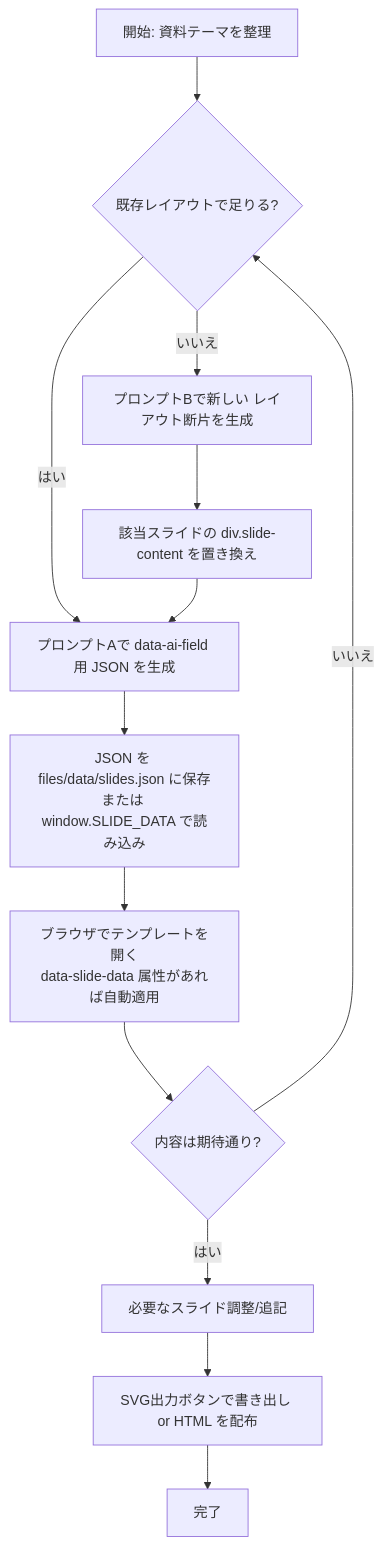
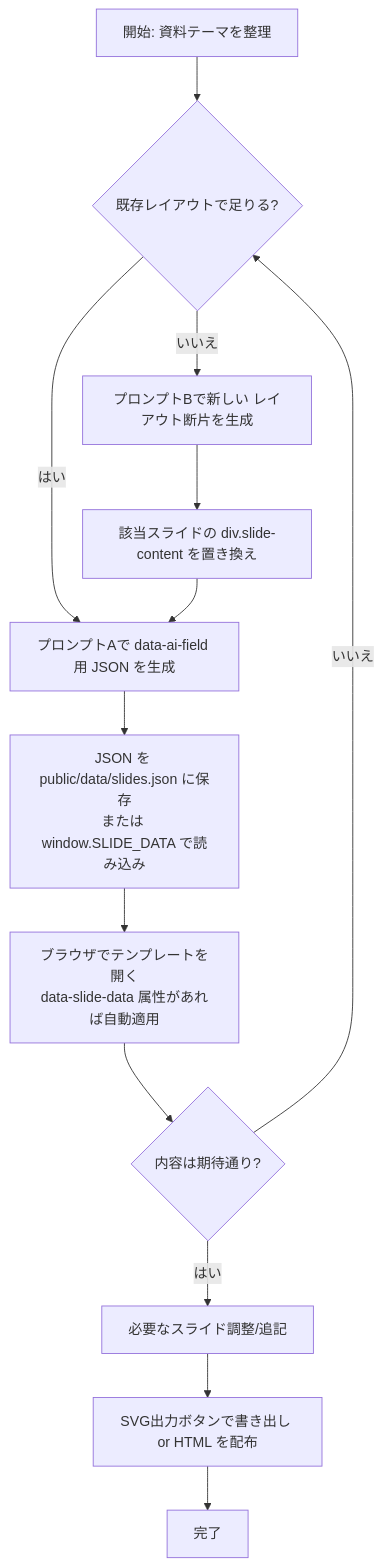
The diagram in README.md (junTaniguchi/slide_template), drawn with Mermaid before and after one commit. The commit also changed other lines of this file and 5 other files, not shown here.

First line of the commit message:
Add slide data preloading and injection functionality

````diff
--- a/README.md
+++ b/README.md
@@ -38,15 +19,15 @@
 ```mermaid
 flowchart TD
   A[開始: 資料テーマを整理] --> B{既存レイアウトで足りる?}
   B -- はい --> C[プロンプトAで data-ai-field 用 JSON を生成]
-  C --> D[JSON を files/data/slides.json に保存<br/>または window.SLIDE_DATA で読み込み]
+  C --> D[JSON を public/data/slides.json に保存<br/>または window.SLIDE_DATA で読み込み]
   B -- いいえ --> E[プロンプトBで新しい レイアウト断片を生成]
   E --> F[該当スライドの div.slide-content を置き換え]
   F --> C
   D --> G[ブラウザでテンプレートを開く<br/>data-slide-data 属性があれば自動適用]
   G --> H{内容は期待通り?}
   H -- いいえ --> B
   H -- はい --> I[必要なスライド調整/追記]
   I --> J[SVG出力ボタンで書き出し or HTML を配布]
   J --> K[完了]
 ```
````
